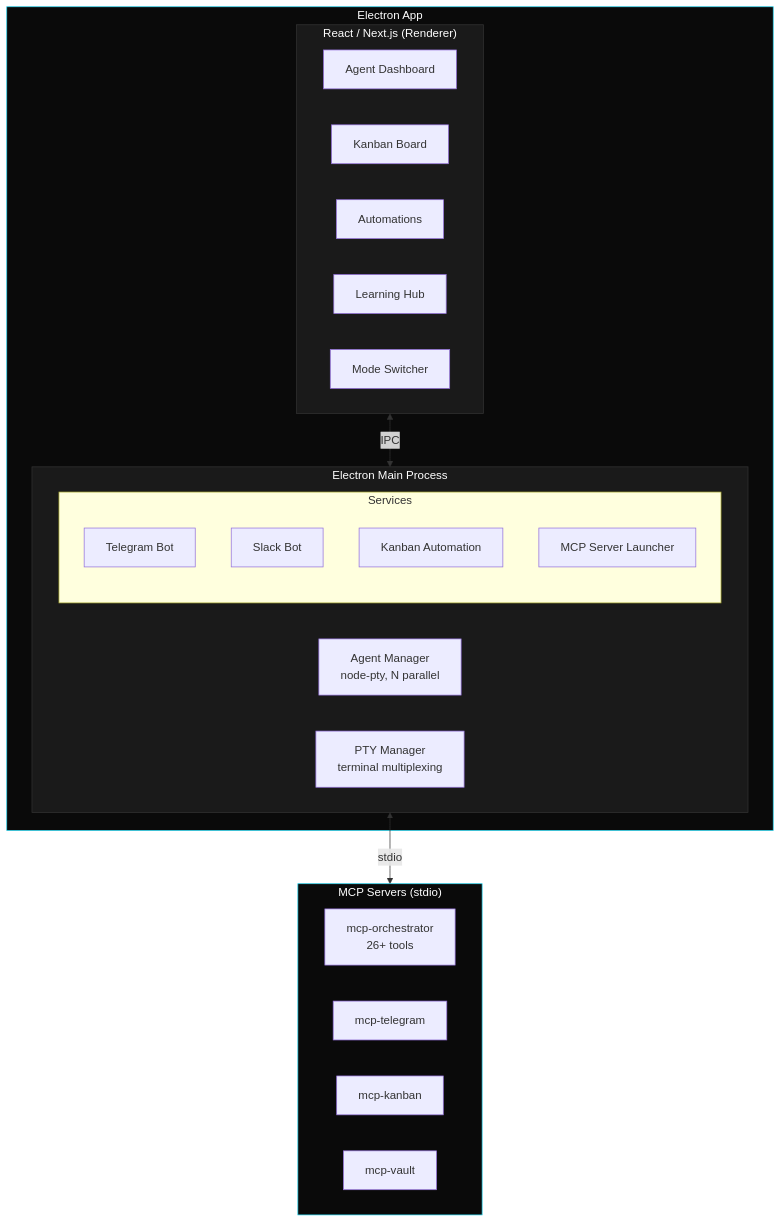
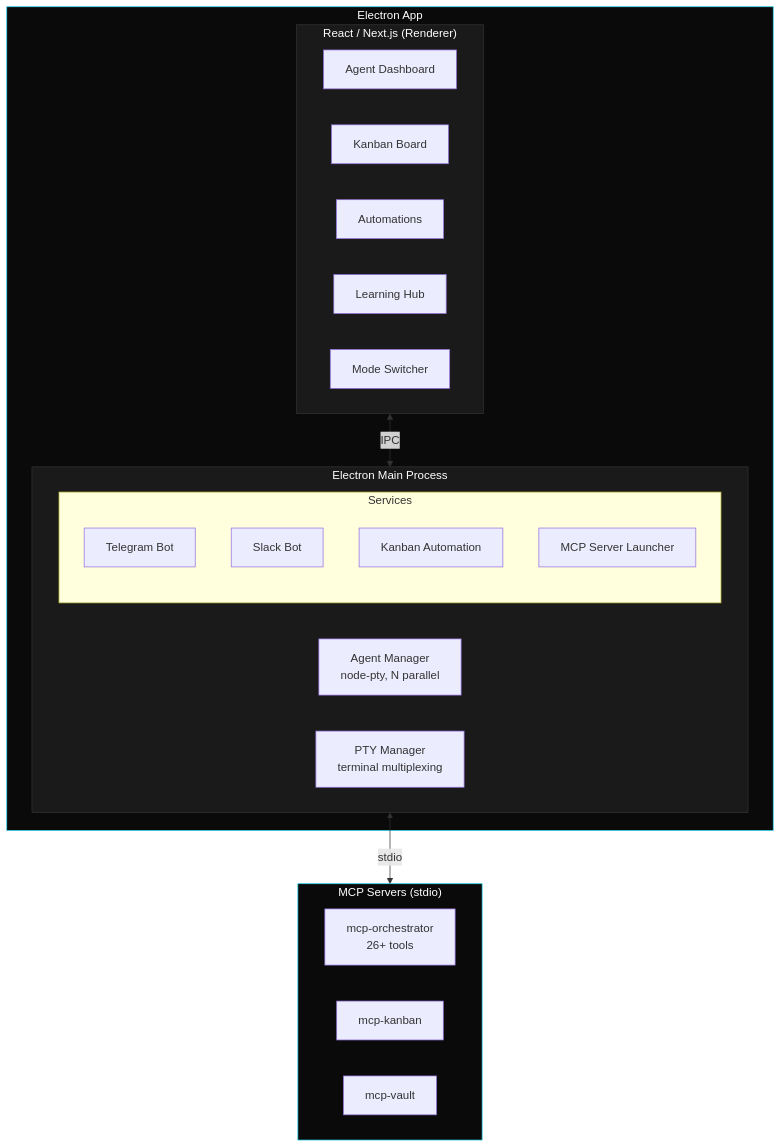
Before and after one commit to CodeTonight-SA/GRIP-GUI: the first of 2 diagrams in README.md, drawn with Mermaid. The commit also changed other lines of this file, not shown here.

````diff
--- a/README.md
+++ b/README.md
@@ -45,39 +44,38 @@
 ```mermaid
 graph TB
     subgraph Electron["Electron App"]
         subgraph Renderer["React / Next.js (Renderer)"]
             Dashboard[Agent Dashboard]
             Kanban[Kanban Board]
             Automations[Automations]
             Learn[Learning Hub]
             Modes[Mode Switcher]
         end
 
         subgraph Main["Electron Main Process"]
             AgentMgr[Agent Manager<br/>node-pty, N parallel]
             PTY[PTY Manager<br/>terminal multiplexing]
             subgraph Services
                 Telegram[Telegram Bot]
                 Slack[Slack Bot]
                 KanbanAuto[Kanban Automation]
                 MCPLauncher[MCP Server Launcher]
             end
         end
 
         Renderer <-->|IPC| Main
     end
 
     subgraph MCP["MCP Servers (stdio)"]
         Orchestrator[mcp-orchestrator<br/>26+ tools]
-        MCPTelegram[mcp-telegram]
         MCPKanban[mcp-kanban]
         MCPVault[mcp-vault]
     end
 
     Main <-->|stdio| MCP
 
     style Electron fill:#0a0a0a,stroke:#22d3ee,color:#fff
     style Renderer fill:#1a1a1a,stroke:#333,color:#fff
     style Main fill:#1a1a1a,stroke:#333,color:#fff
     style MCP fill:#0a0a0a,stroke:#22d3ee,color:#fff
 ```
````
